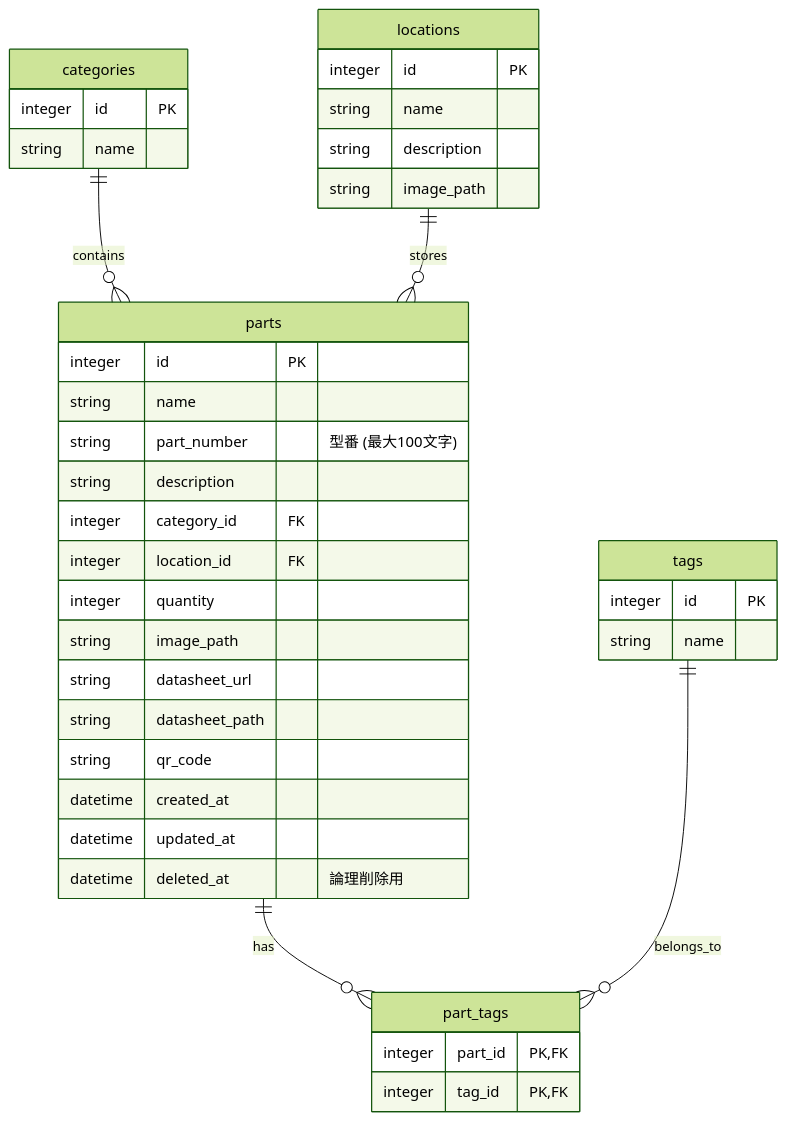
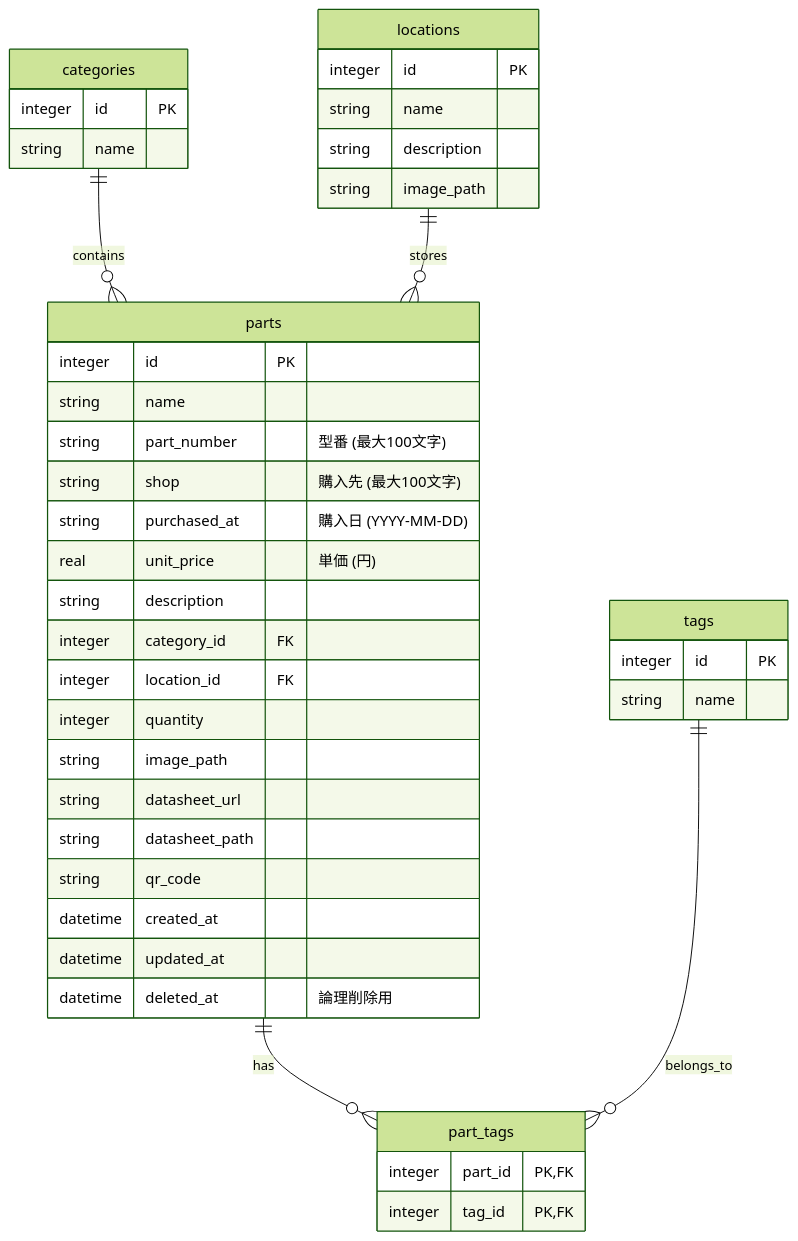
One commit to kuninet/electronic-parts-manager changed the diagram in docs/DATABASE.md. Above: the diagram before and after it, drawn with Mermaid (forest theme). The commit also changed other lines of this file and 25 other files, not shown here.

First line of the commit message:
feat(parts): 購入先・購入日・単価を追加し、MCP に update_part を新設する (#97)

````diff
--- a/docs/DATABASE.md
+++ b/docs/DATABASE.md
@@ -8,46 +8,49 @@
 ```mermaid
 erDiagram
     parts ||--o{ part_tags : has
     tags ||--o{ part_tags : belongs_to
     categories ||--o{ parts : contains
     locations ||--o{ parts : stores
 
     parts {
         integer id PK
         string name
         string part_number "型番 (最大100文字)"
+        string shop "購入先 (最大100文字)"
+        string purchased_at "購入日 (YYYY-MM-DD)"
+        real unit_price "単価 (円)"
         string description
         integer category_id FK
         integer location_id FK
         integer quantity
         string image_path
         string datasheet_url
         string datasheet_path
         string qr_code
         datetime created_at
         datetime updated_at
         datetime deleted_at "論理削除用"
     }
 
     categories {
         integer id PK
         string name
     }
 
     locations {
         integer id PK
         string name
         string description
         string image_path
     }
 
     tags {
         integer id PK
         string name
     }
 
     part_tags {
         integer part_id PK, FK
         integer tag_id PK, FK
     }
 ```
````
